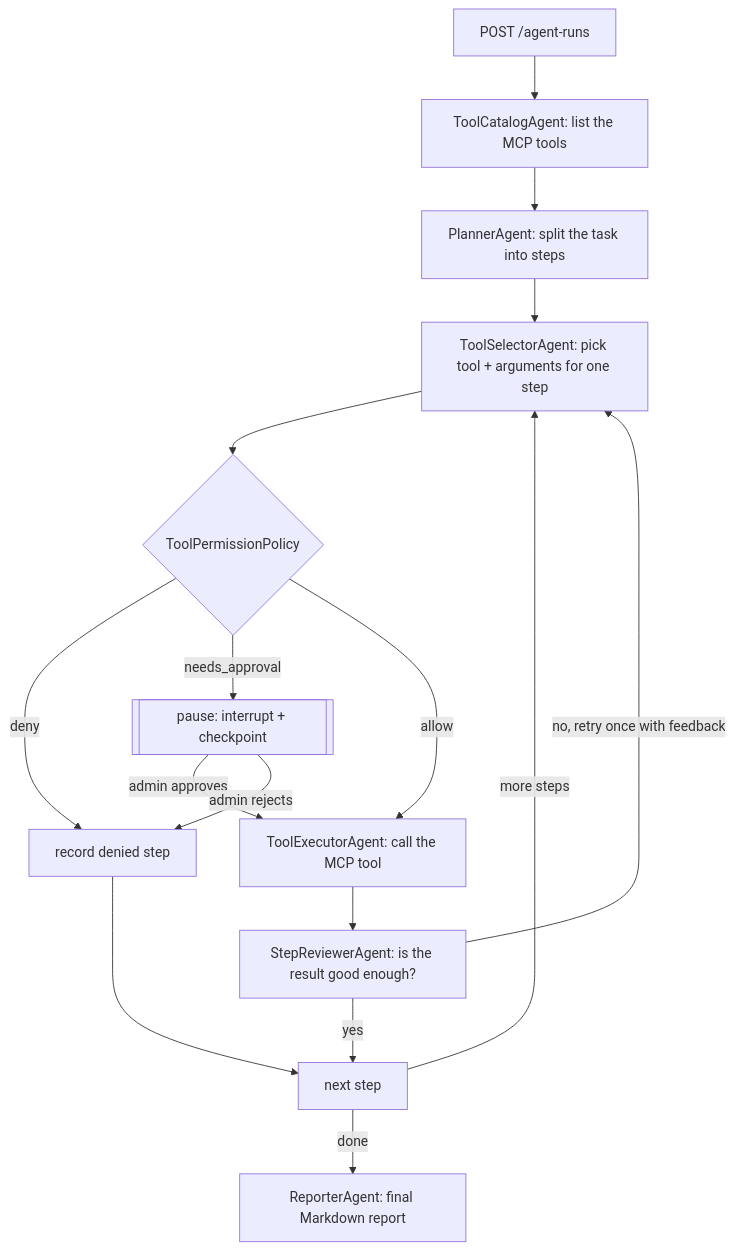
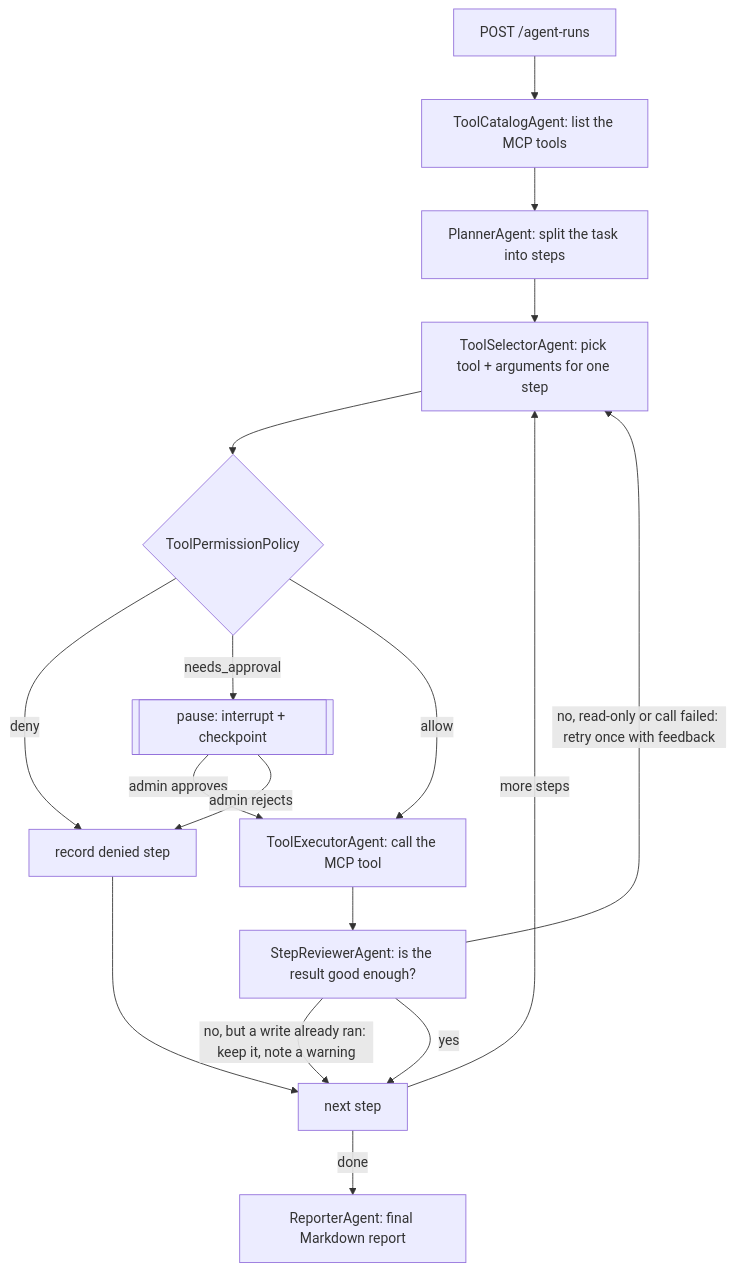
The first of 2 diagrams in README.md (engineer-husnain21/warden-agent-runtime), drawn with Mermaid before and after one commit. The commit also changed other lines of this file and 1 other file, not shown here.

First line of the commit message:
docs: describe the double-write fix in README lesson 5 and the demo

````diff
--- a/README.md
+++ b/README.md
@@ -82,18 +82,19 @@
 ```mermaid
 flowchart TD
     A[POST /agent-runs] --> T[ToolCatalogAgent: list the MCP tools]
     T --> P[PlannerAgent: split the task into steps]
     P --> S[ToolSelectorAgent: pick tool + arguments for one step]
     S --> C{ToolPermissionPolicy}
     C -- deny --> N[record denied step]
     C -- needs_approval --> H[[pause: interrupt + checkpoint]]
     H -- admin approves --> E
     H -- admin rejects --> N
     C -- allow --> E[ToolExecutorAgent: call the MCP tool]
     E --> R[StepReviewerAgent: is the result good enough?]
-    R -- no, retry once with feedback --> S
+    R -- no, read-only or call failed: retry once with feedback --> S
+    R -- no, but a write already ran: keep it, note a warning --> N2
     R -- yes --> N2[next step]
     N --> N2
     N2 -- more steps --> S
     N2 -- done --> W[ReporterAgent: final Markdown report]
 ```
````
